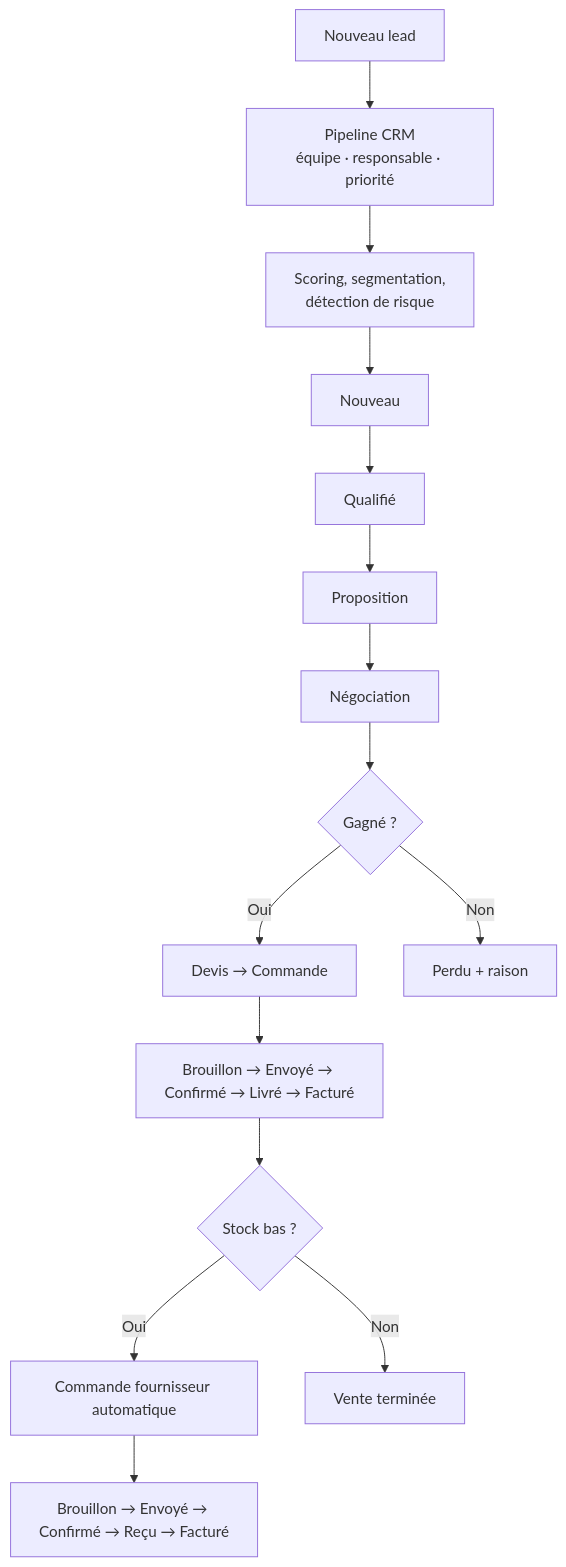
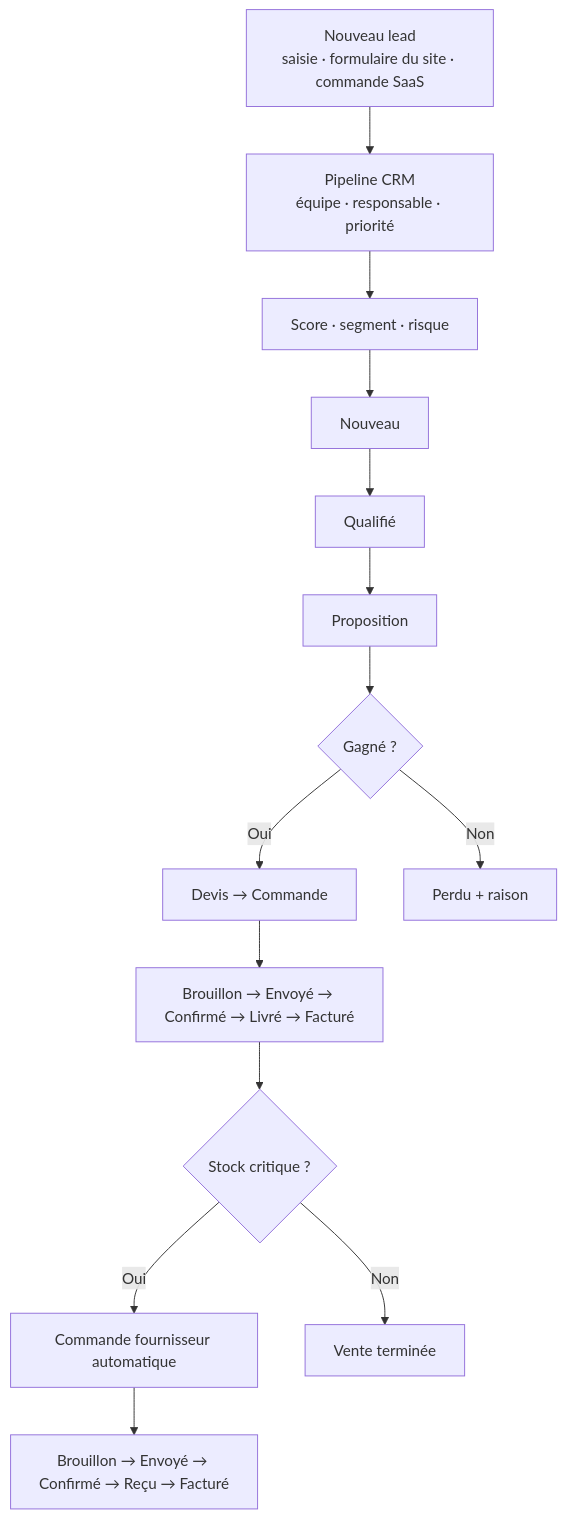
The diagram in README.fr.md (MohamedTrikii/ERP_CRM_Model_Odoo), drawn with Mermaid before and after one commit. The commit also changed other lines of this file and 13 other files, not shown here.

````diff
--- a/README.fr.md
+++ b/README.fr.md
@@ -41,14 +79,14 @@
 ```mermaid
 flowchart TD
-    A[Nouveau lead] --> B[Pipeline CRM<br/>équipe · responsable · priorité]
-    B --> C[Scoring, segmentation,<br/>détection de risque]
-    C --> D1[Nouveau] --> D2[Qualifié] --> D3[Proposition] --> D4[Négociation]
-    D4 --> E{Gagné ?}
+    A[Nouveau lead<br/>saisie · formulaire du site · commande SaaS] --> B[Pipeline CRM<br/>équipe · responsable · priorité]
+    B --> C[Score · segment · risque]
+    C --> D1[Nouveau] --> D2[Qualifié] --> D3[Proposition]
+    D3 --> E{Gagné ?}
     E -- Oui --> G[Devis → Commande]
     G --> H[Brouillon → Envoyé → Confirmé → Livré → Facturé]
     E -- Non --> I[Perdu + raison]
-    H --> K{Stock bas ?}
+    H --> K{Stock critique ?}
     K -- Oui --> L[Commande fournisseur automatique]
     L --> M[Brouillon → Envoyé → Confirmé → Reçu → Facturé]
     K -- Non --> N[Vente terminée]
 ```
````
